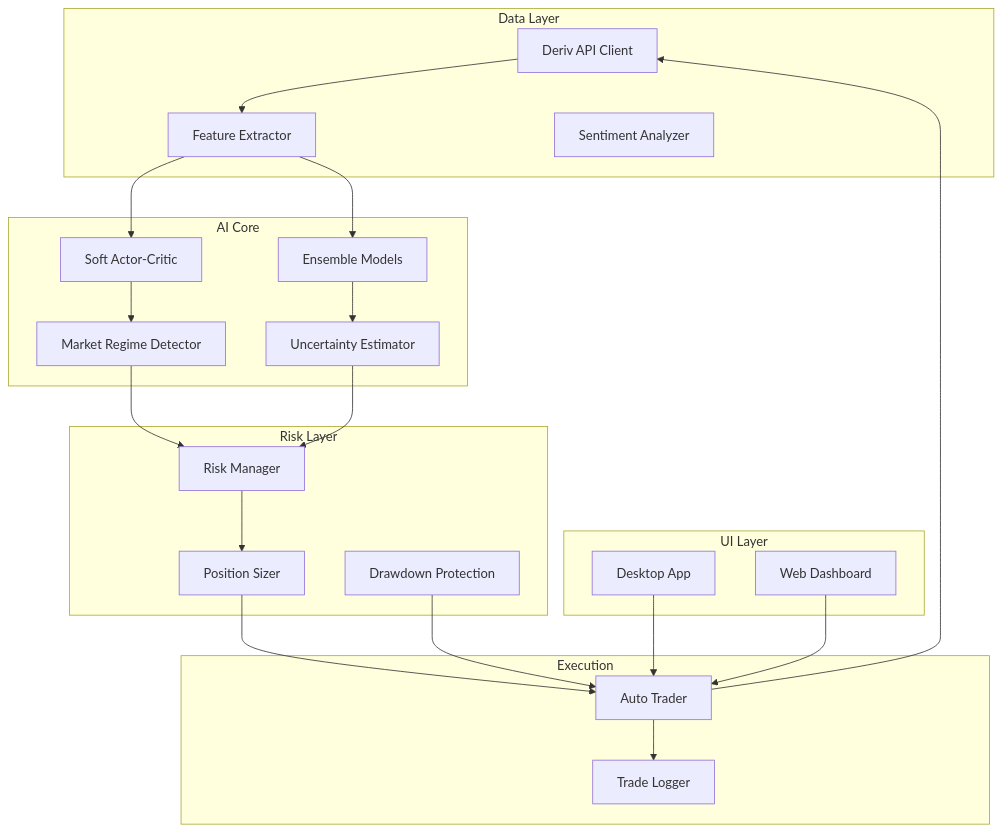
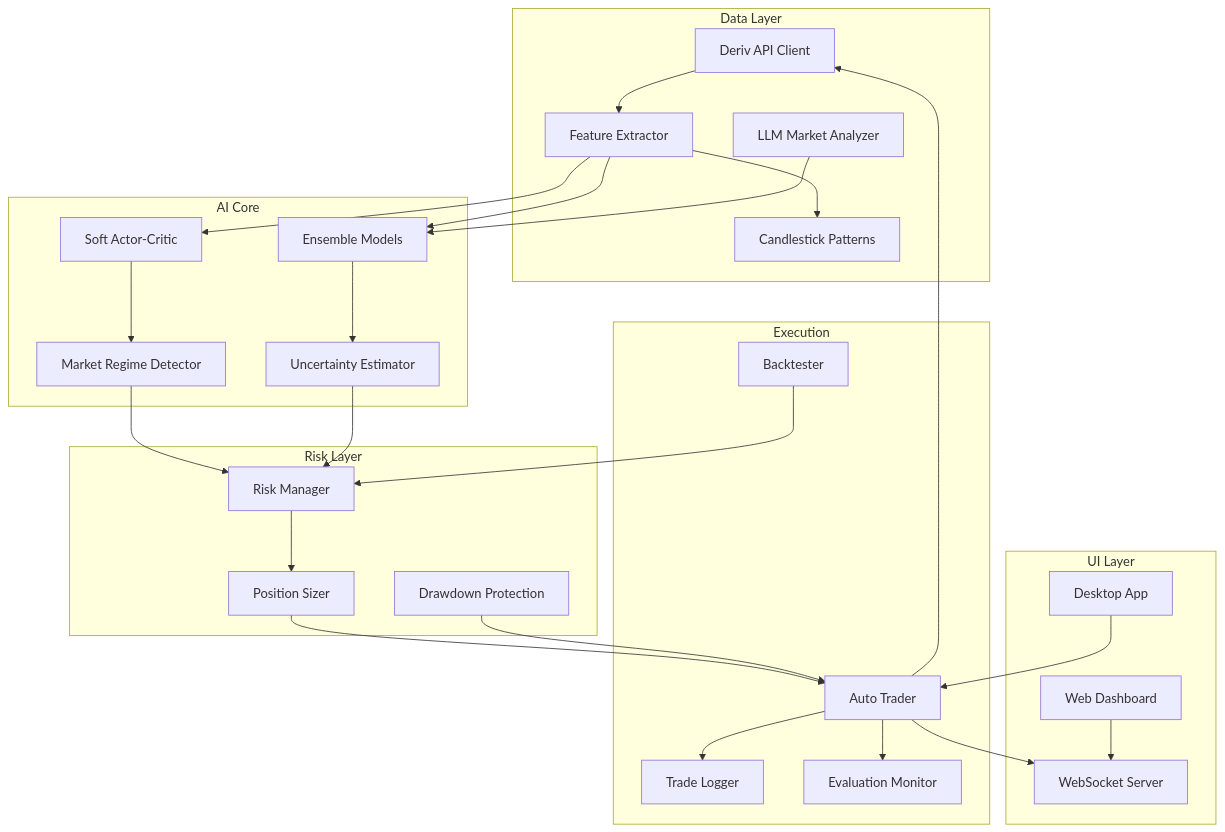
Before and after one commit to ItzSwapnil/DART: the diagram in README.md, drawn with Mermaid. The commit also changed other lines of this file and 61 other files, not shown here.

````diff
--- a/README.md
+++ b/README.md
@@ -123,46 +129,55 @@
 ```mermaid
 graph TB
     subgraph "Data Layer"
         API[Deriv API Client]
         FE[Feature Extractor]
-        SA[Sentiment Analyzer]
+        CP[Candlestick Patterns]
+        LLM[LLM Market Analyzer]
     end
     
     subgraph "AI Core"
         SAC[Soft Actor-Critic]
         ENS[Ensemble Models]
         MRD[Market Regime Detector]
         UQ[Uncertainty Estimator]
     end
     
     subgraph "Risk Layer"
         RM[Risk Manager]
         PS[Position Sizer]
         DP[Drawdown Protection]
     end
     
     subgraph "Execution"
         AT[Auto Trader]
         TL[Trade Logger]
+        BT[Backtester]
+        EM[Evaluation Monitor]
     end
     
     subgraph "UI Layer"
         GUI[Desktop App]
         WEB[Web Dashboard]
+        WS[WebSocket Server]
     end
     
     API --> FE
+    FE --> CP
     FE --> SAC
     FE --> ENS
+    LLM --> ENS
     SAC --> MRD
     ENS --> UQ
     MRD --> RM
     UQ --> RM
     RM --> PS
     PS --> AT
     DP --> AT
     AT --> TL
+    AT --> EM
     AT --> API
+    AT --> WS
+    BT --> RM
     GUI --> AT
-    WEB --> AT
+    WEB --> WS
 ```
````
